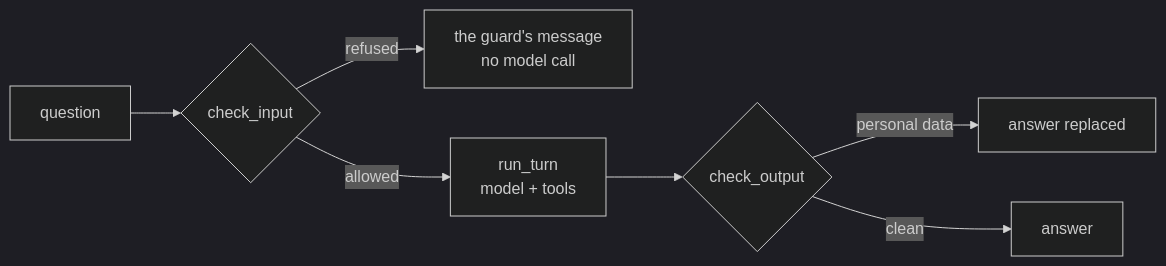
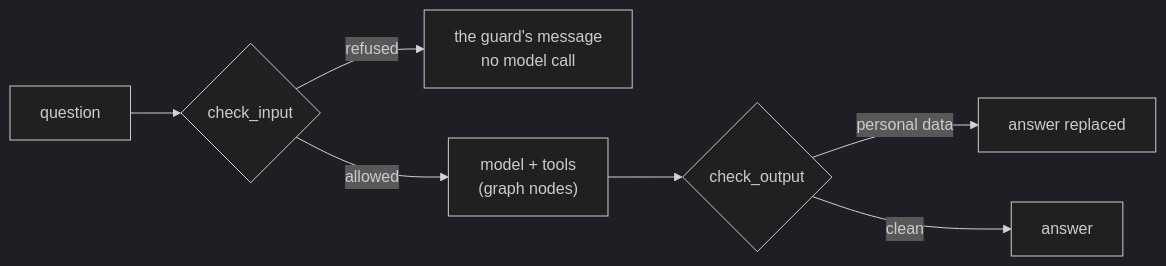
The diagram in docs/guardrail.md (ensanguine2279/sctp-aie-m5-jurong-marine), drawn with Mermaid (dark theme) before and after one commit. The commit also changed other lines of this file and 32 other files, not shown here.

````diff
--- a/docs/guardrail.md
+++ b/docs/guardrail.md
@@ -23,9 +25,9 @@
 ```mermaid
 flowchart LR
     U["question"] --> I{"check_input"}
     I -->|refused| R["the guard's message<br/>no model call"]
-    I -->|allowed| M["run_turn<br/>model + tools"]
+    I -->|allowed| M["model + tools<br/>(graph nodes)"]
     M --> O{"check_output"}
     O -->|personal data| B["answer replaced"]
     O -->|clean| A["answer"]
 ```
````
